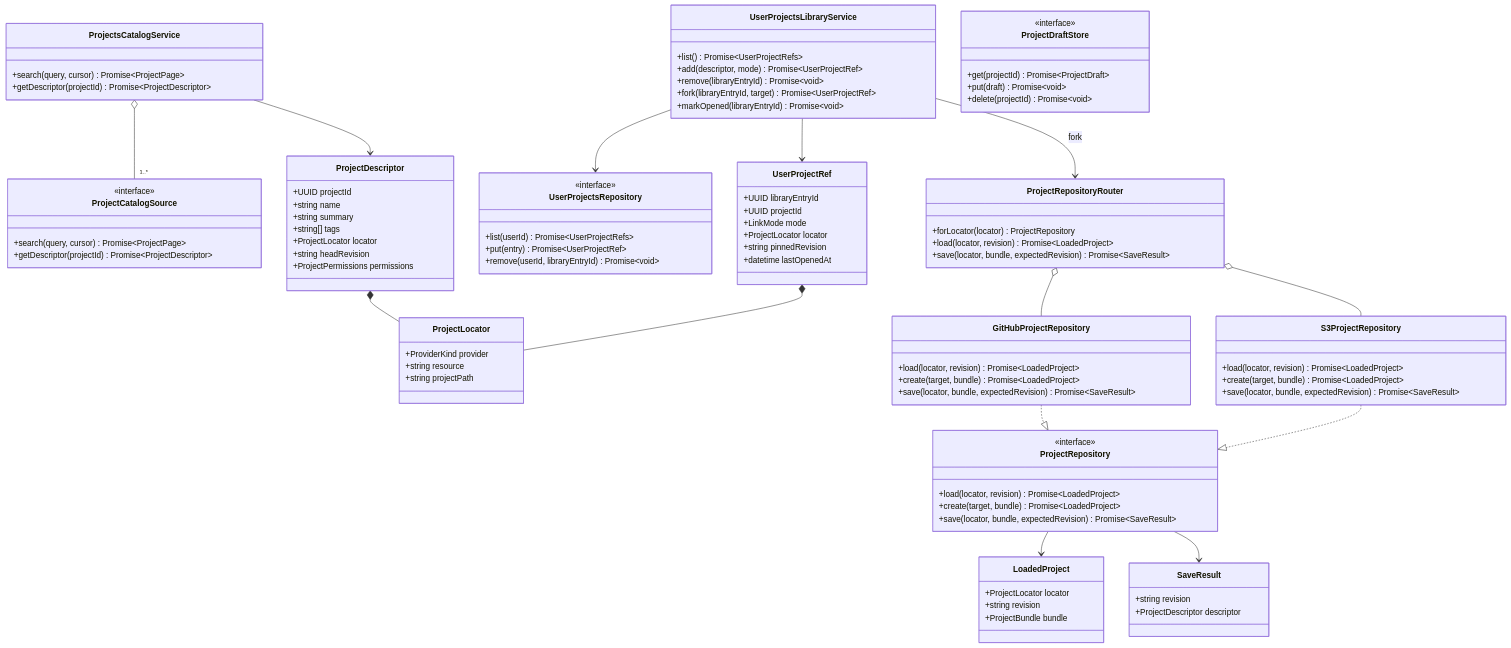
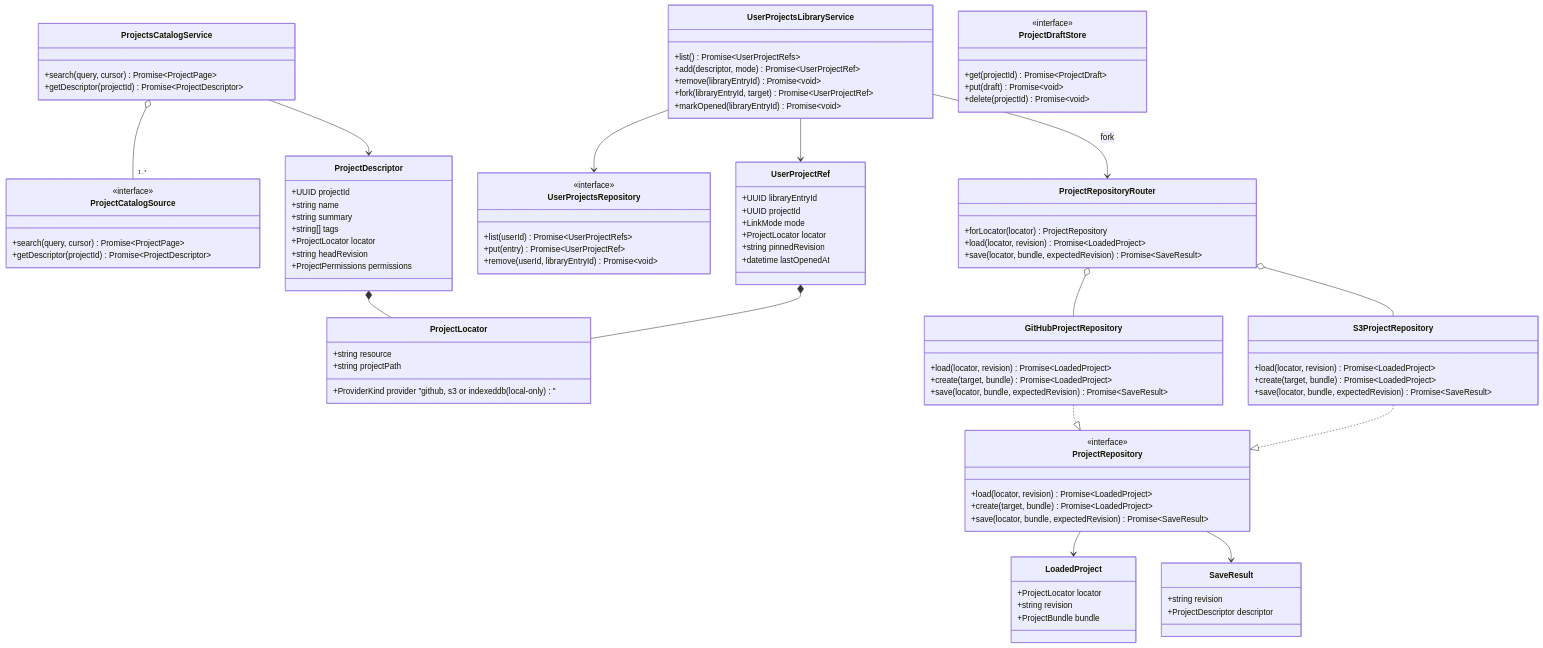
One commit to rimvydasb/edgerules-react changed the seventh of 15 diagrams in docs/architecture.md. Above: the diagram before and after it, drawn with Mermaid. The commit also changed other lines of this file and 3 other files, not shown here.

```diff
--- a/docs/architecture.md
+++ b/docs/architecture.md
@@ -484,7 +486,7 @@
   }
 
   class ProjectLocator {
-    +ProviderKind provider
+    +ProviderKind provider "github, s3 or indexeddb (local-only)"
     +string resource
     +string projectPath
   }
```
